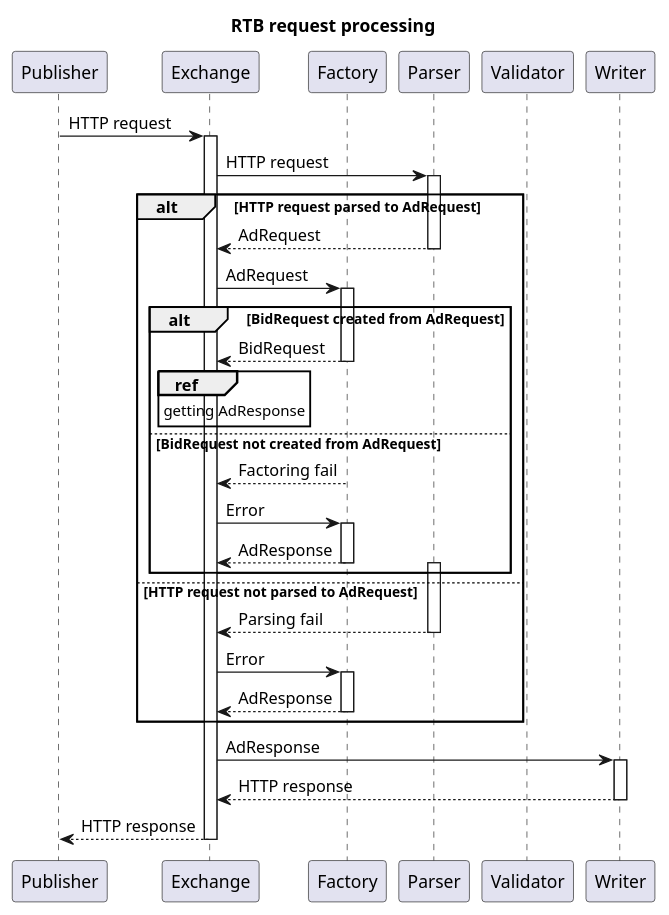
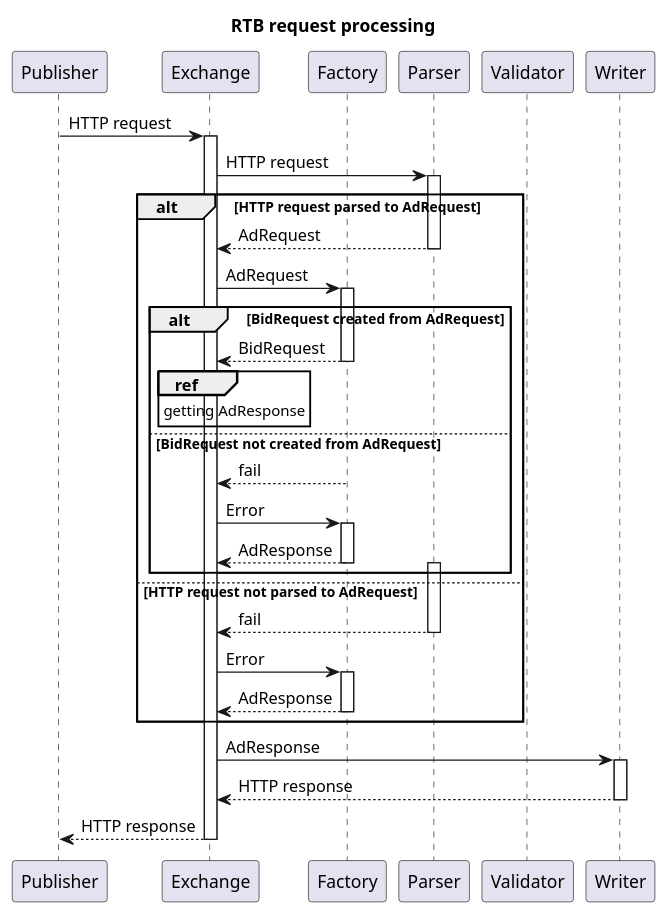
Before and after one commit to bwsw/simple-rtb-exchange: the diagram in diagrams/request_processing.puml, drawn with PlantUML. The commit also changed 1 other file, not shown here.

```diff
--- a/diagrams/request_processing.puml
+++ b/diagrams/request_processing.puml
@@ -1,59 +1,59 @@
 @startuml
 
 title RTB request processing
 
 participant Publisher
 participant Exchange
 participant Factory
 participant Parser
 participant Validator
 participant Writer
 
 Publisher -> Exchange: HTTP request
 activate Exchange
 
 Exchange -> Parser: HTTP request
 activate Parser
 
 alt HTTP request parsed to AdRequest
     Exchange <-- Parser: AdRequest
     deactivate Parser
     Exchange -> Factory: AdRequest
     activate Factory
 
     alt BidRequest created from AdRequest
         Exchange <-- Factory: BidRequest
         deactivate Factory
 
         ref over Exchange: getting AdResponse
 
     else BidRequest not created from AdRequest
-        Exchange <-- Factory: Factoring fail
+        Exchange <-- Factory: fail
         deactivate Factory
 
         Exchange -> Factory: Error
         activate Factory
         Exchange <-- Factory: AdResponse
         deactivate Factory
 
         activate Parser
     end
 
 else HTTP request not parsed to AdRequest
-    Exchange <-- Parser: Parsing fail
+    Exchange <-- Parser: fail
     deactivate Parser
 
     Exchange -> Factory: Error
     activate Factory
     Exchange <-- Factory: AdResponse
     deactivate Factory
 end
 
 Exchange -> Writer: AdResponse
 activate Writer
 Exchange <-- Writer: HTTP response
 deactivate Writer
 Exchange --> Publisher: HTTP response
 deactivate Exchange
 
 @enduml
```
